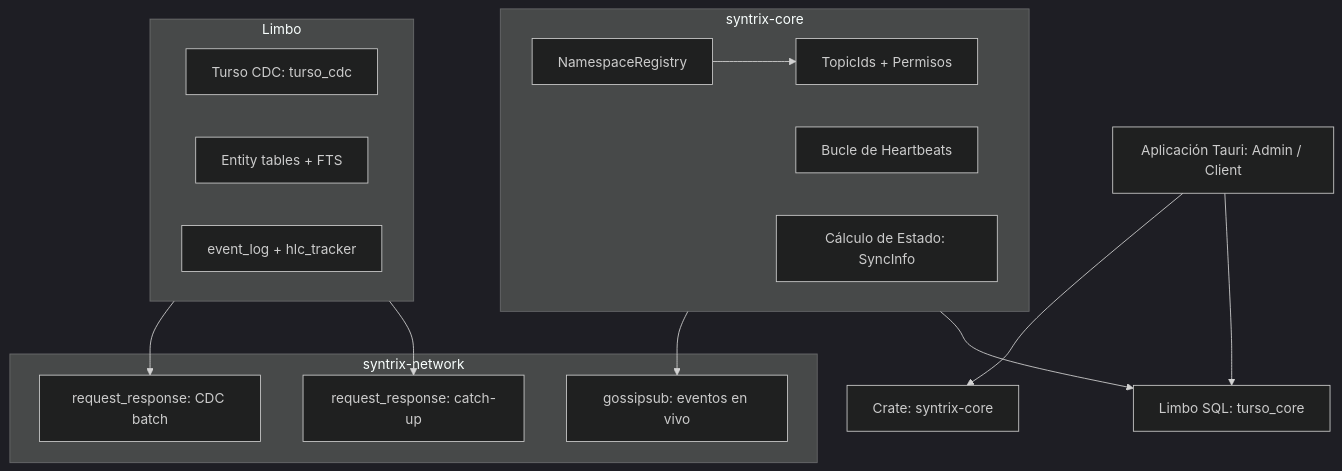
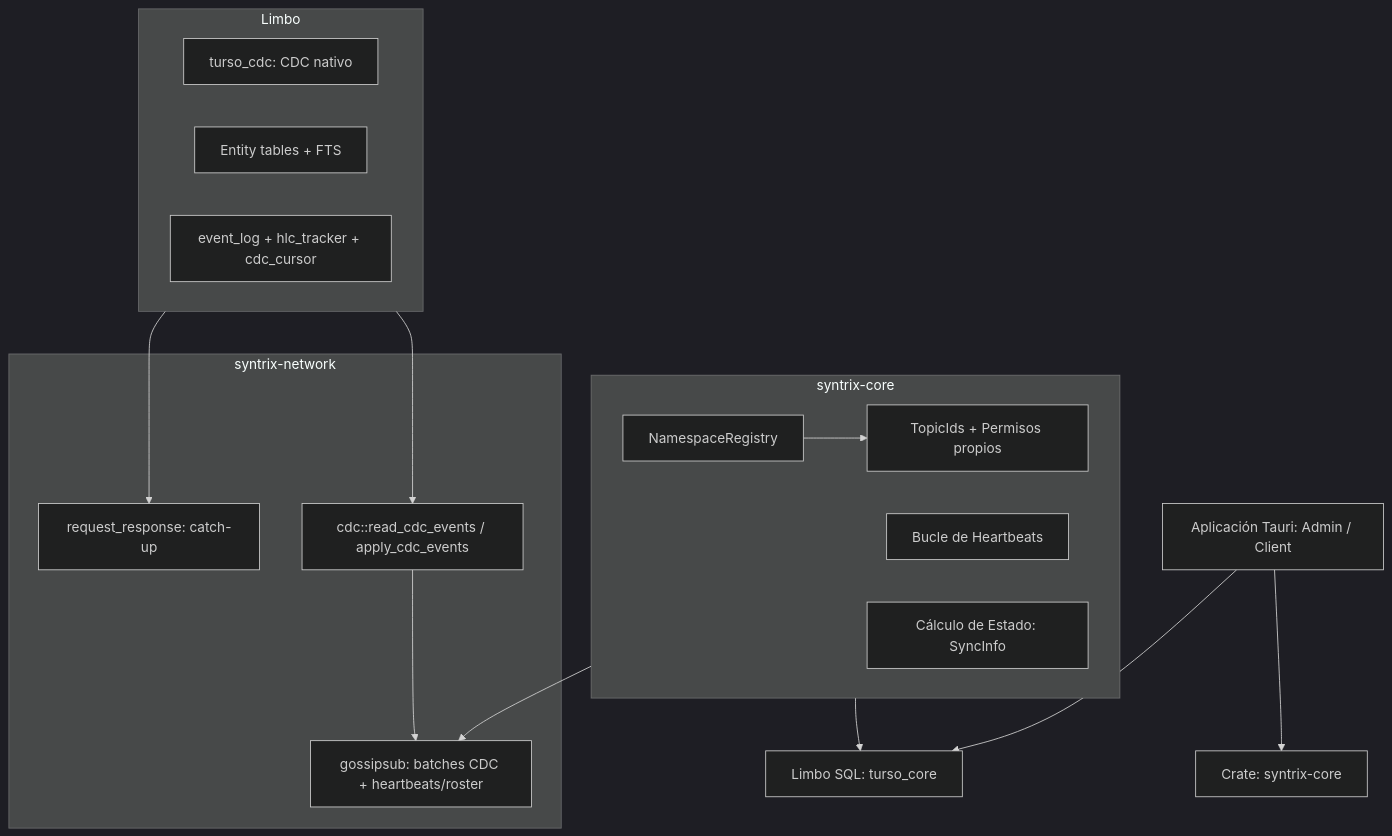
The diagram in apps/docs/src/content/docs/arquitectura/sincronizacion.md (royalcala/syntrix-monorepo), drawn with Mermaid (dark theme) before and after one commit. The commit also changed other lines of this file and 22 other files, not shown here.

First line of the commit message:
feat(docs): update database architecture documentation to reflect changes in Limbo's SQL engine and CDC integration

````diff
--- a/apps/docs/src/content/docs/arquitectura/sincronizacion.md
+++ b/apps/docs/src/content/docs/arquitectura/sincronizacion.md
@@ -14,30 +18,31 @@
 ```mermaid
 graph TD
     A[Aplicación Tauri: Admin / Client] --> B[Crate: syntrix-core]
     A --> C[Limbo SQL: turso_core]
 
     subgraph syntrix-core
         direction LR
-        B1[NamespaceRegistry] --> B2[TopicIds + Permisos]
+        B1[NamespaceRegistry] --> B2[TopicIds + Permisos propios]
         B3[Bucle de Heartbeats]
         B4[Cálculo de Estado: SyncInfo]
     end
 
     subgraph Limbo
         direction LR
-        C1[Turso CDC: turso_cdc]
+        C1[turso_cdc: CDC nativo]
         C2[Entity tables + FTS]
-        C3[event_log + hlc_tracker]
+        C3[event_log + hlc_tracker + cdc_cursor]
     end
 
     subgraph syntrix-network
-        D1[gossipsub: eventos en vivo]
-        D2[request_response: CDC batch]
+        D1[gossipsub: batches CDC + heartbeats/roster]
+        D2[cdc::read_cdc_events / apply_cdc_events]
         D3[request_response: catch-up]
     end
 
     B2 --> D1
     C1 --> D2
+    D2 --> D1
     C3 --> D3
     B4 --> C
 ```
````
